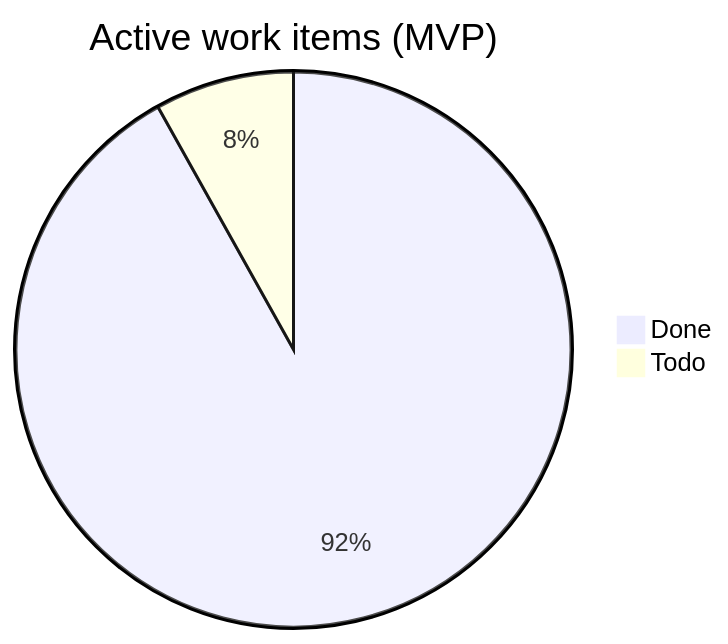
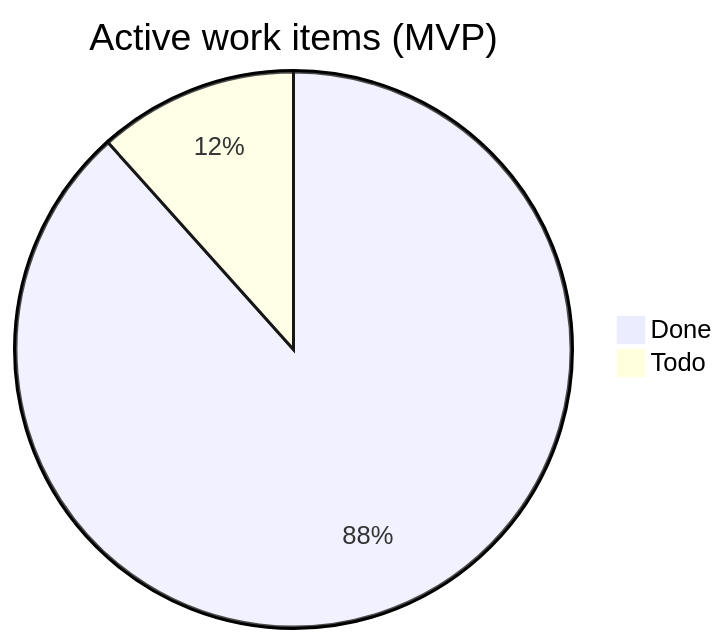
The diagram in docs/tasks/gateway-mvp-dashboard.md (DOGE-Complaints/doge-complaints-gateway), drawn with Mermaid before and after one commit. The commit also changed other lines of this file and 36 other files, not shown here.

````diff
--- a/docs/tasks/gateway-mvp-dashboard.md
+++ b/docs/tasks/gateway-mvp-dashboard.md
@@ -118,5 +134,5 @@
 ```mermaid
 pie title Active work items (MVP)
-    "Done" : 34
-    "Todo" : 3
+    "Done" : 38
+    "Todo" : 5
 ```
````
